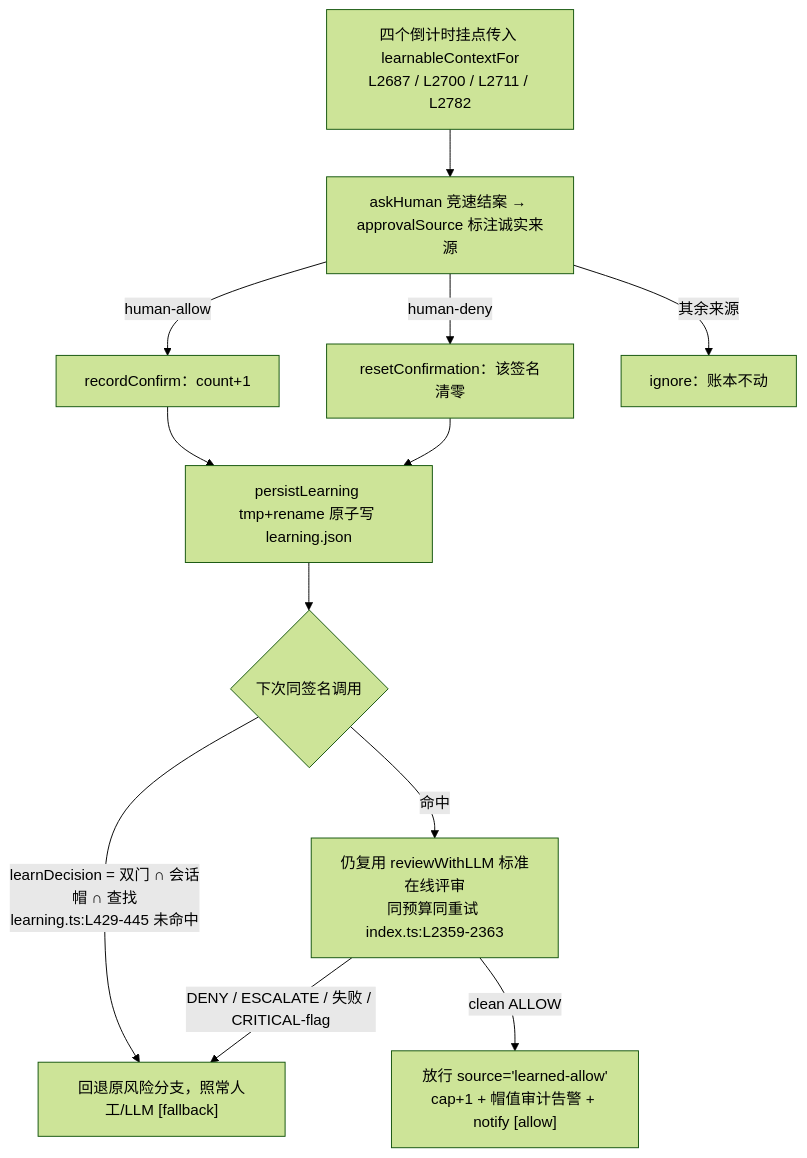
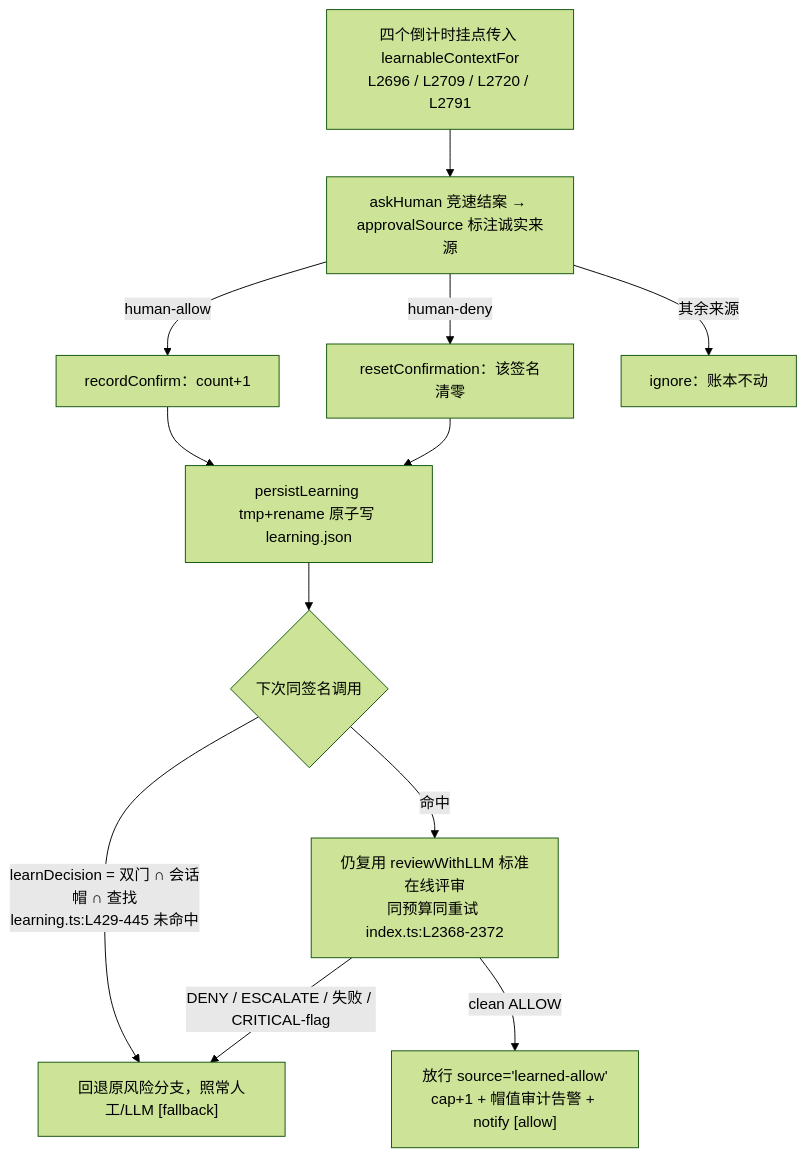
Before and after one commit to cuddly-guacamole/dsh-auto-approval-llm: the diagram in docs/18-confirm-learning.md, drawn with Mermaid (forest theme). The commit also changed other lines of this file and 14 other files, not shown here.

````diff
--- a/docs/18-confirm-learning.md
+++ b/docs/18-confirm-learning.md
@@ -31,14 +31,14 @@
 ```mermaid
 flowchart TD
-    A["四个倒计时挂点传入 learnableContextFor<br/>L2687 / L2700 / L2711 / L2782"] --> B["askHuman 竞速结案 → approvalSource 标注诚实来源"]
+    A["四个倒计时挂点传入 learnableContextFor<br/>L2696 / L2709 / L2720 / L2791"] --> B["askHuman 竞速结案 → approvalSource 标注诚实来源"]
     B -->|"human-allow"| C["recordConfirm：count+1"]
     B -->|"human-deny"| D["resetConfirmation：该签名清零"]
     B -->|"其余来源"| E["ignore：账本不动"]
     C --> F["persistLearning tmp+rename 原子写 learning.json"]
     D --> F
     F --> G{"下次同签名调用"}
     G -->|"learnDecision = 双门 ∩ 会话帽 ∩ 查找<br/>learning.ts:L429-445 未命中"| M["回退原风险分支，照常人工/LLM [fallback]"]
-    G -->|"命中"| I["仍复用 reviewWithLLM 标准在线评审<br/>同预算同重试 index.ts:L2359-2363"]
+    G -->|"命中"| I["仍复用 reviewWithLLM 标准在线评审<br/>同预算同重试 index.ts:L2368-2372"]
     I -->|"clean ALLOW"| J["放行 source='learned-allow'<br/>cap+1 + 帽值审计告警 + notify [allow]"]
     I -->|"DENY / ESCALATE / 失败 / CRITICAL-flag"| M
 ```
````
